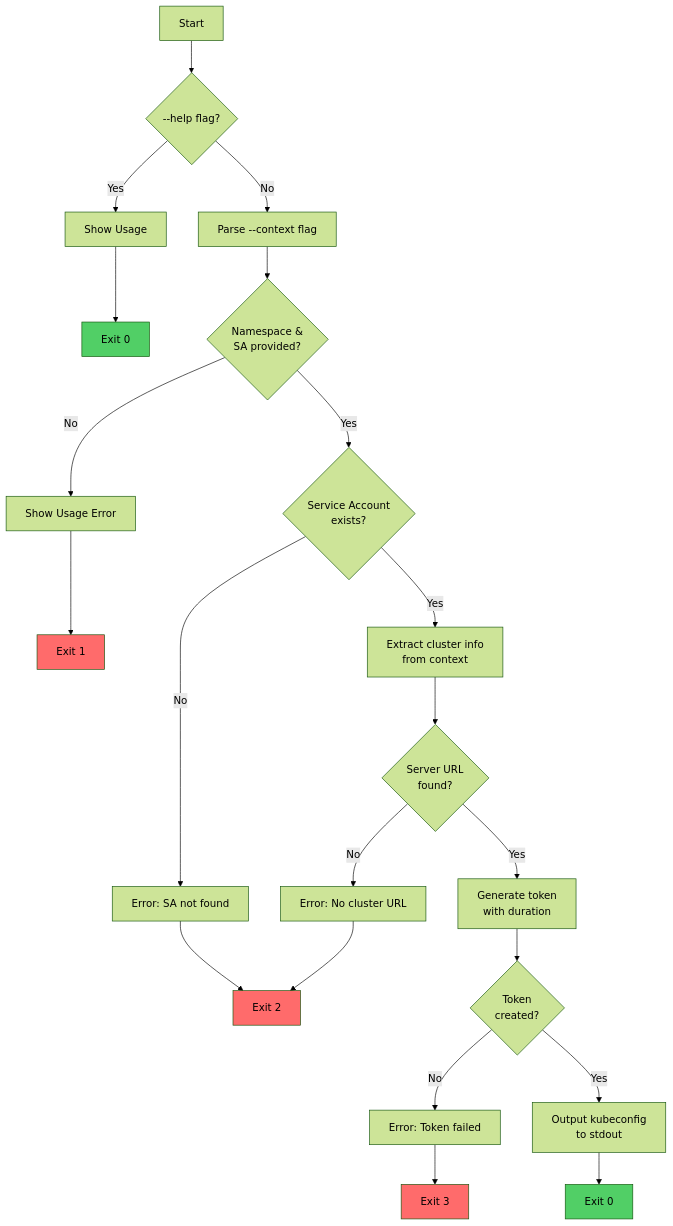
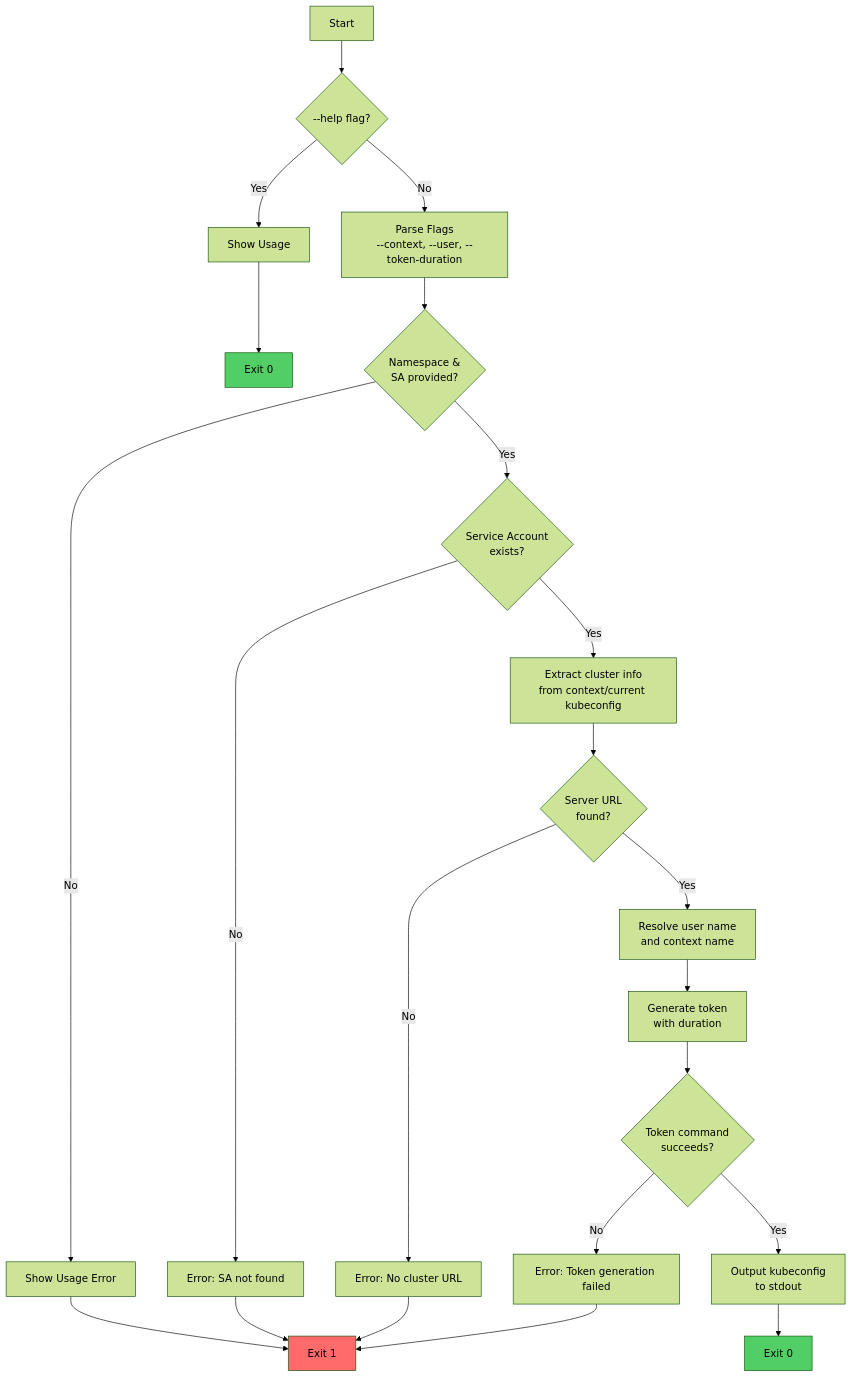
One commit to tomazb/rh-acm-switchover changed the third of 6 diagrams in scripts/README.md. Above: the diagram before and after it, drawn with Mermaid (forest theme). The commit also changed other lines of this file, not shown here.

Commit message:
docs: refresh README mermaid workflows

````diff
--- a/scripts/README.md
+++ b/scripts/README.md
@@ -631,29 +636,28 @@
 ```mermaid
 graph TD
     A[Start] --> B{--help flag?}
     B -->|Yes| C[Show Usage]
     C --> D[Exit 0]
-    B -->|No| E[Parse --context flag]
+    B -->|No| E[Parse Flags<br/>--context, --user, --token-duration]
     E --> F{Namespace &<br/>SA provided?}
     F -->|No| G[Show Usage Error]
     G --> H[Exit 1]
     F -->|Yes| I{Service Account<br/>exists?}
     I -->|No| J[Error: SA not found]
-    J --> K[Exit 2]
-    I -->|Yes| L[Extract cluster info<br/>from context]
-    L --> M{Server URL<br/>found?}
-    M -->|No| N[Error: No cluster URL]
-    N --> K
-    M -->|Yes| O[Generate token<br/>with duration]
-    O --> P{Token<br/>created?}
-    P -->|No| Q[Error: Token failed]
-    Q --> R[Exit 3]
-    P -->|Yes| S[Output kubeconfig<br/>to stdout]
-    S --> T[Exit 0]
+    J --> H
+    I -->|Yes| K[Extract cluster info<br/>from context/current kubeconfig]
+    K --> L{Server URL<br/>found?}
+    L -->|No| M[Error: No cluster URL]
+    M --> H
+    L -->|Yes| N[Resolve user name<br/>and context name]
+    N --> O[Generate token<br/>with duration]
+    O --> P{Token command<br/>succeeds?}
+    P -->|No| Q[Error: Token generation failed]
+    Q --> H
+    P -->|Yes| R[Output kubeconfig<br/>to stdout]
+    R --> T[Exit 0]
     
     style D fill:#51cf66
     style T fill:#51cf66
     style H fill:#ff6b6b
-    style K fill:#ff6b6b
-    style R fill:#ff6b6b
 ```
````
